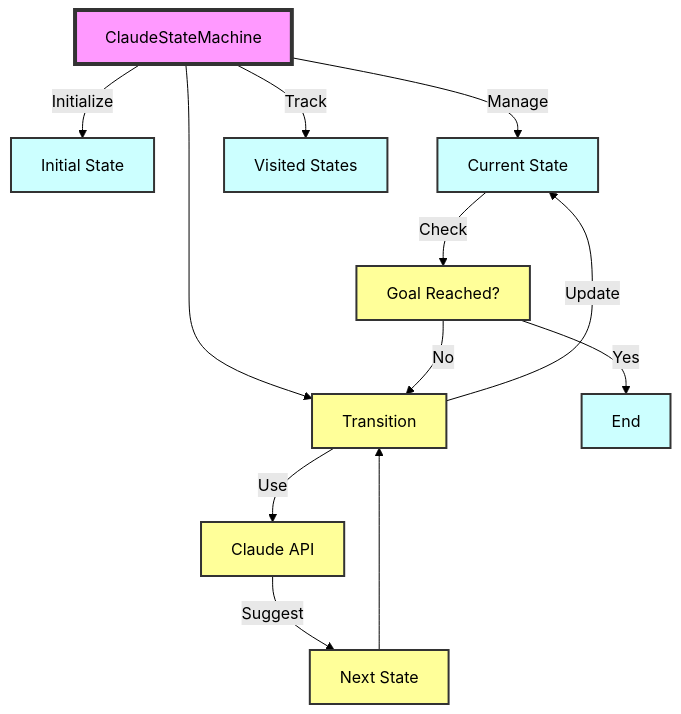
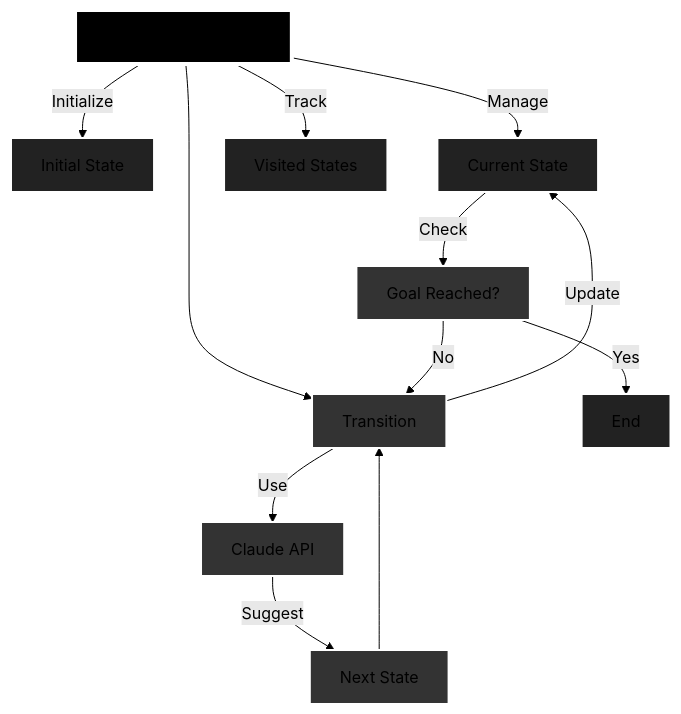
Before and after one commit to geoffsee/agent-mst: the diagram in README.md, drawn with Mermaid (forest theme).

Commit message:
update README diagram

````diff
--- a/README.md
+++ b/README.md
@@ -6,24 +6,24 @@
 ```mermaid
 graph TD
    CSM[ClaudeStateMachine] -->|Initialize| IS[Initial State]
    CSM -->|Manage| CS[Current State]
    CSM -->|Track| VS[Visited States]
    CSM --> TR[Transition]
    TR -->|Use| API[Claude API]
    API -->|Suggest| NS[Next State]
    NS --> TR
    TR -->|Update| CS
    CS -->|Check| GR[Goal Reached?]
    GR -->|No| TR
    GR -->|Yes| END[End]
 
-   style CSM fill:#f9f,stroke:#333,stroke-width:4px
-   style IS fill:#cff,stroke:#333,stroke-width:2px
-   style CS fill:#cff,stroke:#333,stroke-width:2px
-   style VS fill:#cff,stroke:#333,stroke-width:2px
-   style TR fill:#ff9,stroke:#333,stroke-width:2px
-   style API fill:#ff9,stroke:#333,stroke-width:2px
-   style NS fill:#ff9,stroke:#333,stroke-width:2px
-   style GR fill:#ff9,stroke:#333,stroke-width:2px
-   style END fill:#cff,stroke:#333,stroke-width:2px
+   style CSM fill:#000000,stroke:#FFFFFF,stroke-width:4px
+   style IS fill:#222222,stroke:#FFFFFF,stroke-width:2px
+   style CS fill:#222222,stroke:#FFFFFF,stroke-width:2px
+   style VS fill:#222222,stroke:#FFFFFF,stroke-width:2px
+   style TR fill:#333333,stroke:#FFFFFF,stroke-width:2px
+   style API fill:#333333,stroke:#FFFFFF,stroke-width:2px
+   style NS fill:#333333,stroke:#FFFFFF,stroke-width:2px
+   style GR fill:#333333,stroke:#FFFFFF,stroke-width:2px
+   style END fill:#222222,stroke:#FFFFFF,stroke-width:2px
 ```
````
